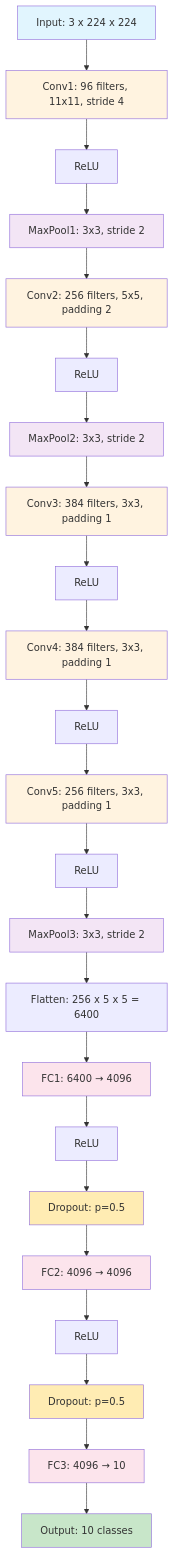
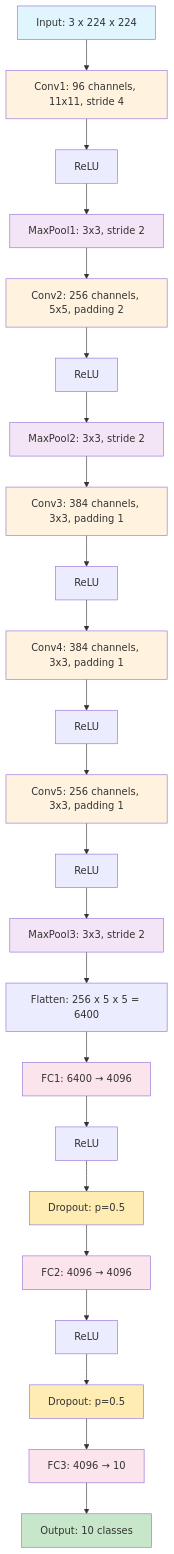
The diagram in README.md (GastCre/Deep-learning), drawn with Mermaid before and after one commit.

Commit message:
Update AlexNet architecture in README.md to use 'channels' instead of 'filters' for consistency

````diff
--- a/README.md
+++ b/README.md
@@ -12,41 +12,41 @@
 ```mermaid
 graph TD
-    A[Input: 3 x 224 x 224] --> B[Conv1: 96 filters, 11x11, stride 4]
+    A[Input: 3 x 224 x 224] --> B[Conv1: 96 channels, 11x11, stride 4]
     B --> C[ReLU]
     C --> D[MaxPool1: 3x3, stride 2]
-    D --> E[Conv2: 256 filters, 5x5, padding 2]
+    D --> E[Conv2: 256 channels, 5x5, padding 2]
     E --> F[ReLU]
     F --> G[MaxPool2: 3x3, stride 2]
-    G --> H[Conv3: 384 filters, 3x3, padding 1]
+    G --> H[Conv3: 384 channels, 3x3, padding 1]
     H --> I[ReLU]
-    I --> J[Conv4: 384 filters, 3x3, padding 1]
+    I --> J[Conv4: 384 channels, 3x3, padding 1]
     J --> K[ReLU]
-    K --> L[Conv5: 256 filters, 3x3, padding 1]
+    K --> L[Conv5: 256 channels, 3x3, padding 1]
     L --> M[ReLU]
     M --> N[MaxPool3: 3x3, stride 2]
     N --> O[Flatten: 256 x 5 x 5 = 6400]
     O --> P[FC1: 6400 → 4096]
     P --> Q[ReLU]
     Q --> R[Dropout: p=0.5]
     R --> S[FC2: 4096 → 4096]
     S --> T[ReLU]
     T --> U[Dropout: p=0.5]
     U --> V[FC3: 4096 → 10]
     V --> W[Output: 10 classes]
 
     style A fill:#e1f5fe
     style W fill:#c8e6c9
     style B fill:#fff3e0
     style E fill:#fff3e0
     style H fill:#fff3e0
     style J fill:#fff3e0
     style L fill:#fff3e0
     style D fill:#f3e5f5
     style G fill:#f3e5f5
     style N fill:#f3e5f5
     style P fill:#fce4ec
     style S fill:#fce4ec
     style V fill:#fce4ec
     style R fill:#ffecb3
     style U fill:#ffecb3
 ```
````
